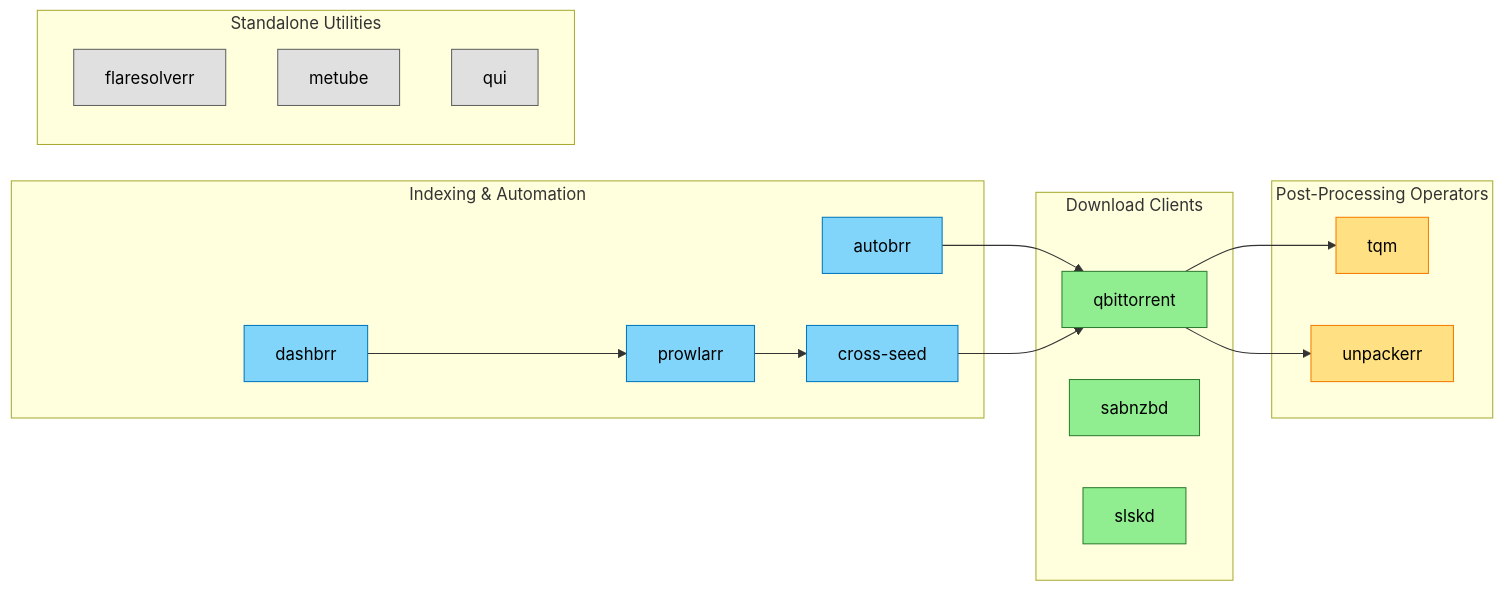
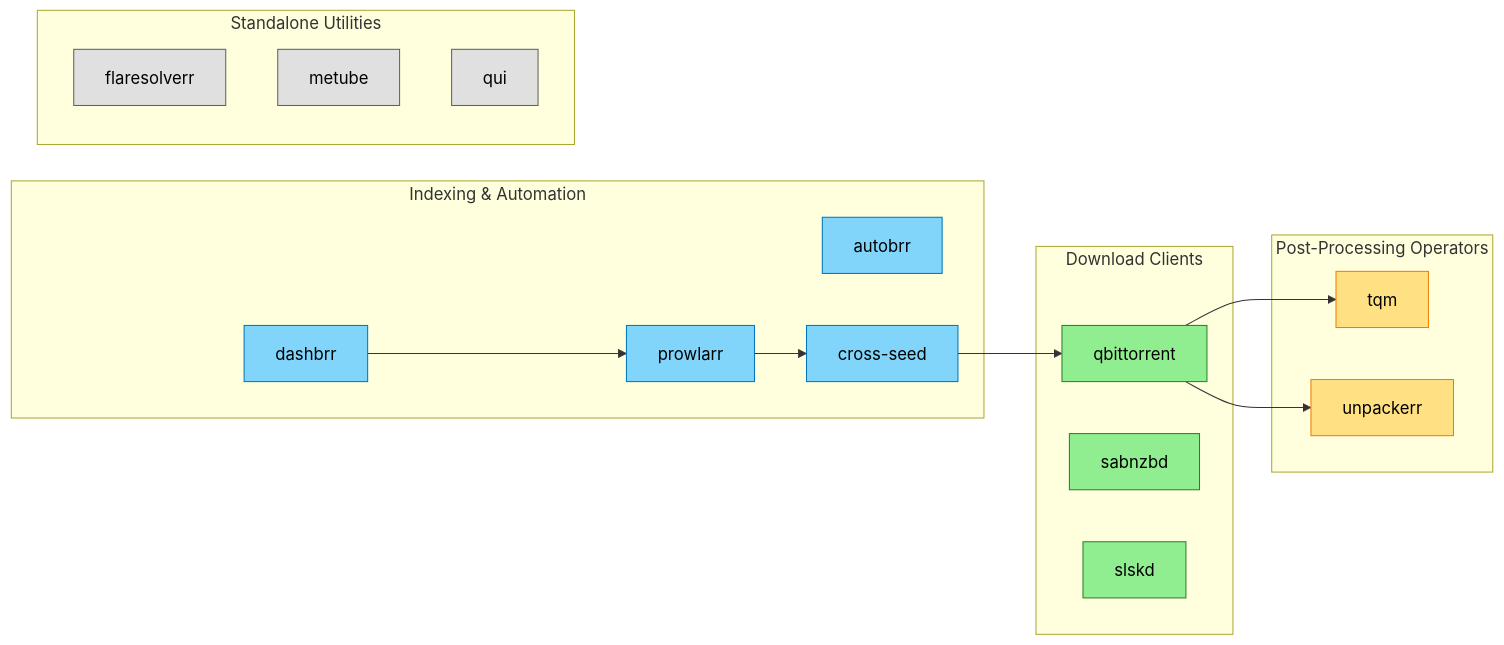
One commit to gavinmcfall/home-ops changed the diagram in docs/domains/downloads/context.md. Above: the diagram before and after it, drawn with Mermaid. The commit also changed 3 other files, not shown here.

````diff
--- a/docs/domains/downloads/context.md
+++ b/docs/domains/downloads/context.md
@@ -32,48 +32,47 @@
 ```mermaid
 flowchart LR
     subgraph Indexing["Indexing & Automation"]
         autobrr["autobrr"]
         cross_seed["cross-seed"]
         dashbrr["dashbrr"]
         prowlarr["prowlarr"]
     end
 
     subgraph Clients["Download Clients"]
         qbittorrent["qbittorrent"]
         sabnzbd["sabnzbd"]
         slskd["slskd"]
     end
 
     subgraph Operators["Post-Processing Operators"]
         tqm["tqm"]
         unpackerr["unpackerr"]
     end
 
     subgraph Utilities["Standalone Utilities"]
         flaresolverr["flaresolverr"]
         metube["metube"]
         qui["qui"]
     end
 
-    autobrr --> qbittorrent
     cross_seed --> qbittorrent
     dashbrr --> prowlarr
     prowlarr --> cross_seed
     qbittorrent --> tqm
     qbittorrent --> unpackerr
 
     classDef indexing fill:#81D4FA,stroke:#0277BD,color:#000
     classDef client fill:#90EE90,stroke:#2E7D32,color:#000
     classDef operator fill:#FFE082,stroke:#F57C00,color:#000
     classDef utility fill:#E0E0E0,stroke:#616161,color:#000
 
     class autobrr,cross_seed,dashbrr,prowlarr indexing
     class qbittorrent,sabnzbd,slskd client
     class tqm,unpackerr operator
     class flaresolverr,metube,qui utility
 
-    %% MEANING: Downloads domain data flow -- indexers feed release automation, which pushes releases to torrent/usenet clients, whose completed downloads are read by post-processing operators
+    %% MEANING: Downloads domain data flow -- indexers feed release automation, which pushes releases to torrent clients, whose completed downloads are read by post-processing operators
     %% COLOR: Blue = indexing/automation, Green = download clients, Yellow = post-processing operators, Gray = standalone utilities
-    %% GOTCHA: flaresolverr, metube, and qui operate independently -- no inter-app data flow to them is declared in any manifest
-    %% NAVIGATION: Left-to-right -- indexing/automation feeds download clients, whose output is consumed by operators; utilities sit apart with no modeled edges
+    %% GOTCHA: autobrr, flaresolverr, metube, qui, sabnzbd, and slskd have no manifest-declared edge to any other in-domain app -- no config file in any of their manifests references another downloads app, so no data-flow line is drawn for them here
+    %% NAVIGATION: Left-to-right -- indexing/automation feeds qbittorrent, whose output is consumed by operators; sabnzbd/slskd are grouped with qbittorrent by role (download clients) but carry no drawn edges; utilities sit apart with no modeled edges
 ```
````
